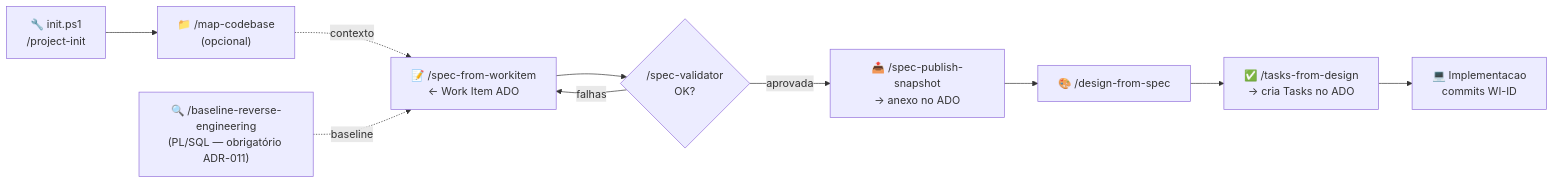
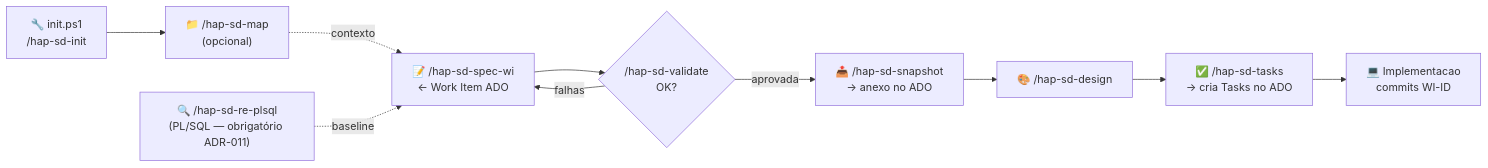
Before and after one commit to rawelcl/hap-spec-driven: the diagram in references/prompt-flow.md, drawn with Mermaid. The commit also changed other lines of this file and 15 other files, not shown here.

````diff
--- a/references/prompt-flow.md
+++ b/references/prompt-flow.md
@@ -18,22 +18,22 @@
 ```mermaid
 flowchart LR
-    A["🔧 init.ps1\n/project-init"]
-    B["📁 /map-codebase\n(opcional)"]
-    C["🔍 /baseline-reverse-engineering\n(PL/SQL — obrigatório ADR-011)"]
-    D["📝 /spec-from-workitem\n← Work Item ADO"]
-    E{"/spec-validator\nOK?"}
-    F["📤 /spec-publish-snapshot\n→ anexo no ADO"]
-    G["🎨 /design-from-spec"]
-    H["✅ /tasks-from-design\n→ cria Tasks no ADO"]
+    A["🔧 init.ps1\n/hap-sd-init"]
+    B["📁 /hap-sd-map\n(opcional)"]
+    C["🔍 /hap-sd-re-plsql\n(PL/SQL — obrigatório ADR-011)"]
+    D["📝 /hap-sd-spec-wi\n← Work Item ADO"]
+    E{"/hap-sd-validate\nOK?"}
+    F["📤 /hap-sd-snapshot\n→ anexo no ADO"]
+    G["🎨 /hap-sd-design"]
+    H["✅ /hap-sd-tasks\n→ cria Tasks no ADO"]
     I["💻 Implementacao\ncommits WI-ID"]
 
     A --> B
     B -.->|contexto| D
     C -.->|baseline| D
     D --> E
     E -->|falhas| D
     E -->|aprovada| F
     F --> G
     G --> H
     H --> I
 ```
````
